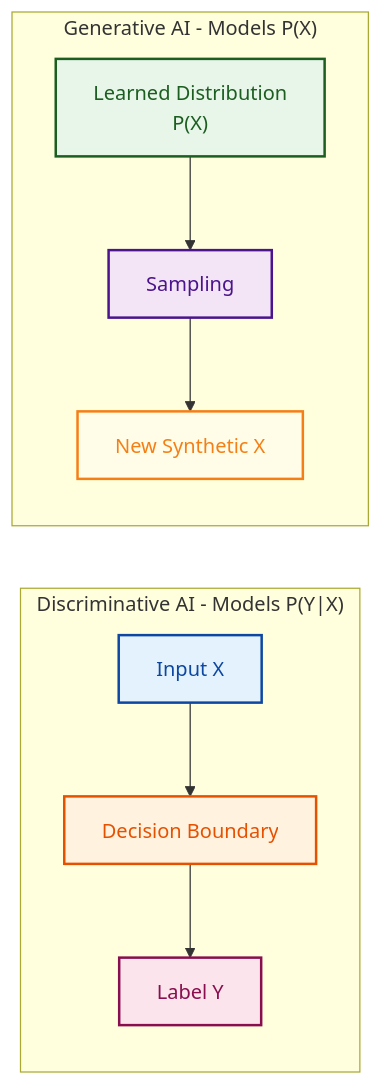
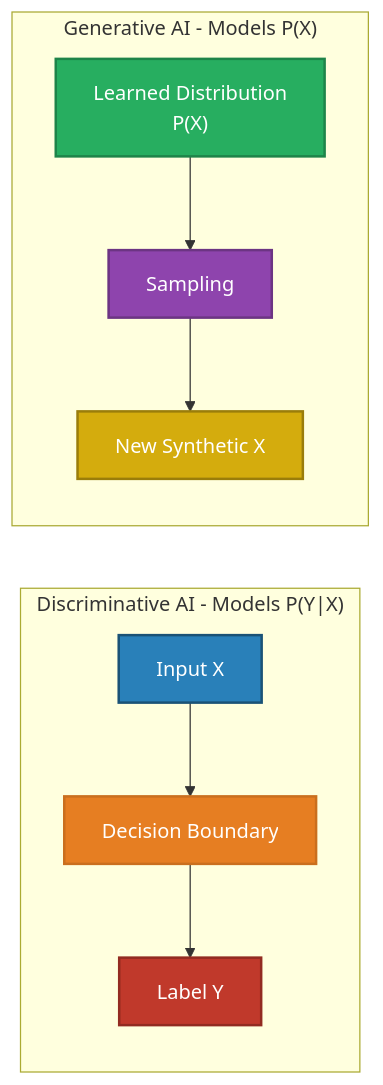
The first of 7 diagrams in docs/01-prompt-engineering/README.md (GyanendraChaubey/AI-Engineering-Notes), drawn with Mermaid before and after one commit. The commit also changed other lines of this file and 15 other files, not shown here.

Commit message:
style: replace all Mermaid diagram colors with saturated palette + white text for dark mode compatibility (321 changes across 16 files)

````diff
--- a/docs/01-prompt-engineering/README.md
+++ b/docs/01-prompt-engineering/README.md
@@ -15,15 +15,15 @@
 ```mermaid
 graph LR
     subgraph Discriminative["Discriminative AI - Models P(Y|X)"]
         A[Input X] --> B["Decision Boundary"] --> C[Label Y]
     end
     subgraph Generative["Generative AI - Models P(X)"]
         D["Learned Distribution\nP(X)"] --> E["Sampling"] --> F["New Synthetic X"]
     end
-    style A fill:#e3f2fd,stroke:#0d47a1,stroke-width:2px,color:#0d47a1
-    style B fill:#fff3e0,stroke:#e65100,stroke-width:2px,color:#e65100
-    style C fill:#fce4ec,stroke:#880e4f,stroke-width:2px,color:#880e4f
-    style D fill:#e8f5e9,stroke:#1b5e20,stroke-width:2px,color:#1b5e20
-    style E fill:#f3e5f5,stroke:#4a148c,stroke-width:2px,color:#4a148c
-    style F fill:#fffde7,stroke:#f57f17,stroke-width:2px,color:#f57f17
+    style A fill:#2980B9,stroke:#1A5276,stroke-width:2px,color:#FFFFFF
+    style B fill:#E67E22,stroke:#CA6F1E,stroke-width:2px,color:#FFFFFF
+    style C fill:#C0392B,stroke:#922B21,stroke-width:2px,color:#FFFFFF
+    style D fill:#27AE60,stroke:#1E8449,stroke-width:2px,color:#FFFFFF
+    style E fill:#8E44AD,stroke:#6C3483,stroke-width:2px,color:#FFFFFF
+    style F fill:#D4AC0D,stroke:#9A7D0A,stroke-width:2px,color:#FFFFFF
 ```
````
